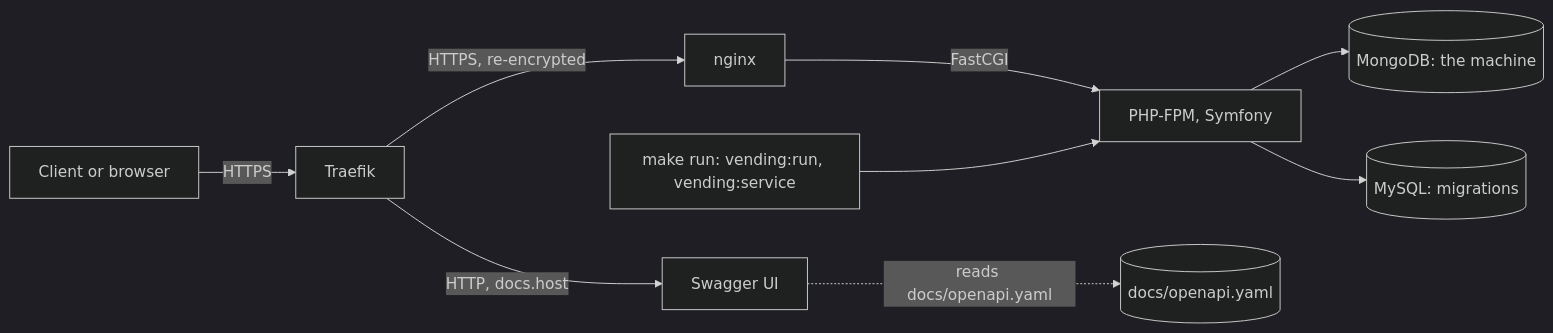
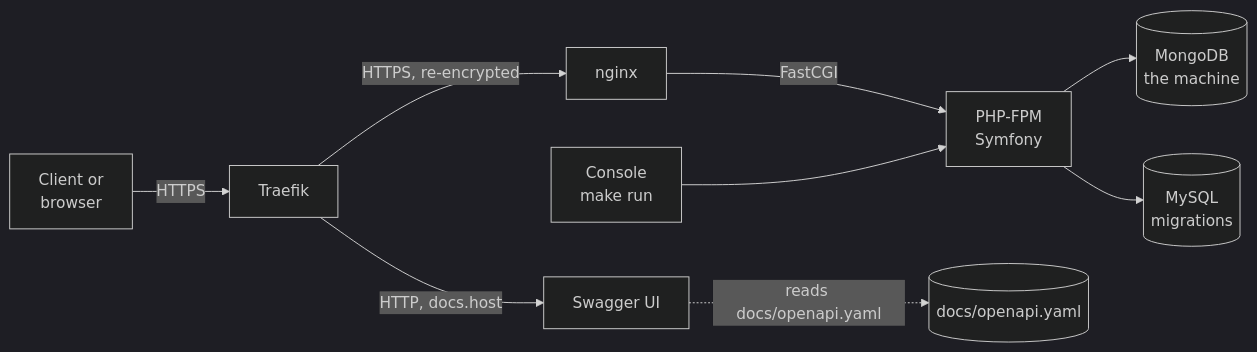
The first of 8 diagrams in docs/design.md (prubiella/vending-machine-challenge), drawn with Mermaid (dark theme) before and after one commit. The commit also changed other lines of this file, not shown here.

Commit message:
docs(design): break long diagram labels so GitHub does not clip them

````diff
--- a/docs/design.md
+++ b/docs/design.md
@@ -60,11 +60,11 @@
 ```mermaid
 flowchart LR
-    Client["Client or browser"] -->|HTTPS| Traefik
+    Client["Client or<br/>browser"] -->|HTTPS| Traefik
     Traefik -->|"HTTPS, re-encrypted"| Nginx["nginx"]
-    Nginx -->|FastCGI| Php["PHP-FPM, Symfony"]
+    Nginx -->|FastCGI| Php["PHP-FPM<br/>Symfony"]
     Traefik -->|"HTTP, docs.host"| Swagger["Swagger UI"]
     Swagger -.->|"reads docs/openapi.yaml"| Spec[("docs/openapi.yaml")]
-    Console["make run: vending:run, vending:service"] --> Php
-    Php --> Mongo[("MongoDB: the machine")]
-    Php --> MySql[("MySQL: migrations")]
+    Console["Console<br/>make run"] --> Php
+    Php --> Mongo[("MongoDB<br/>the machine")]
+    Php --> MySql[("MySQL<br/>migrations")]
 ```
````
